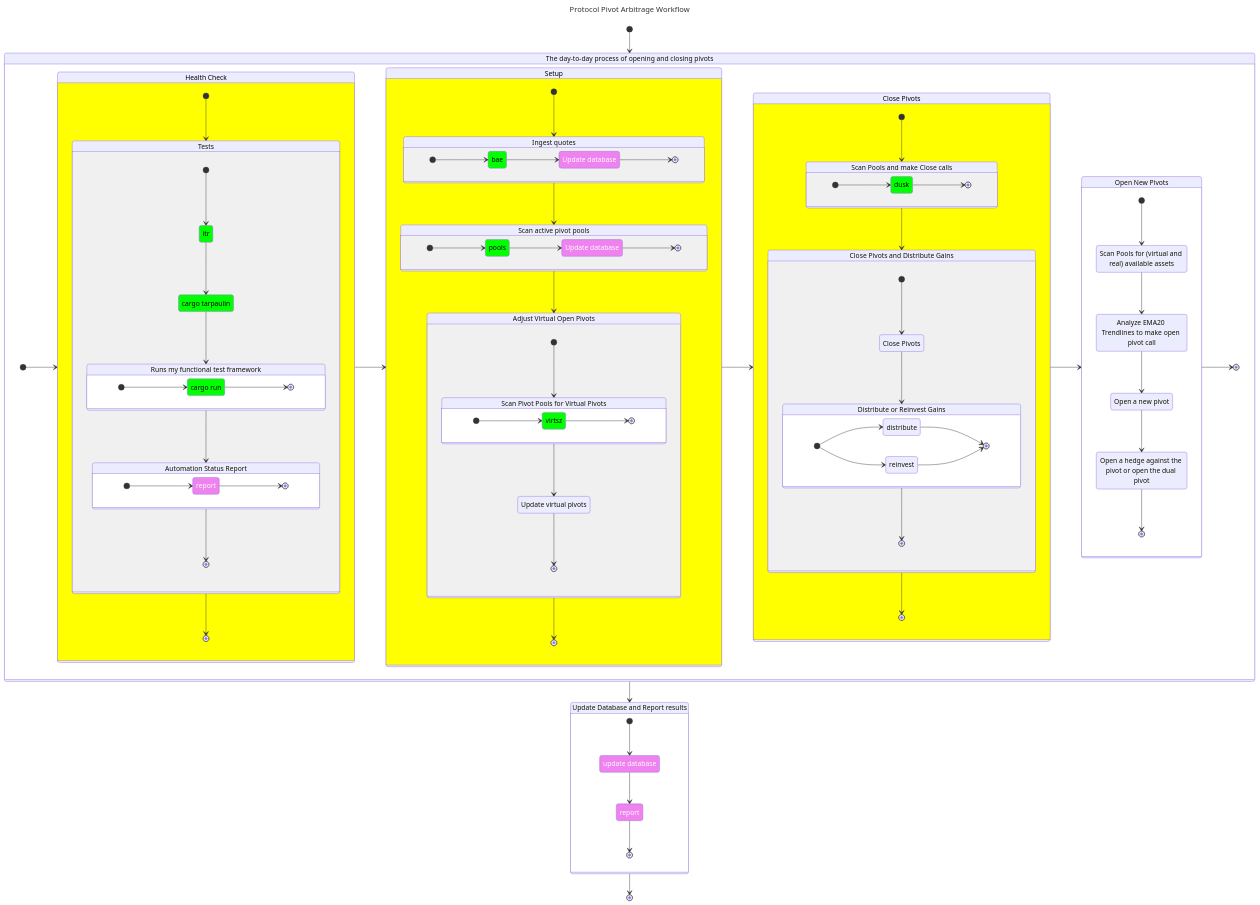
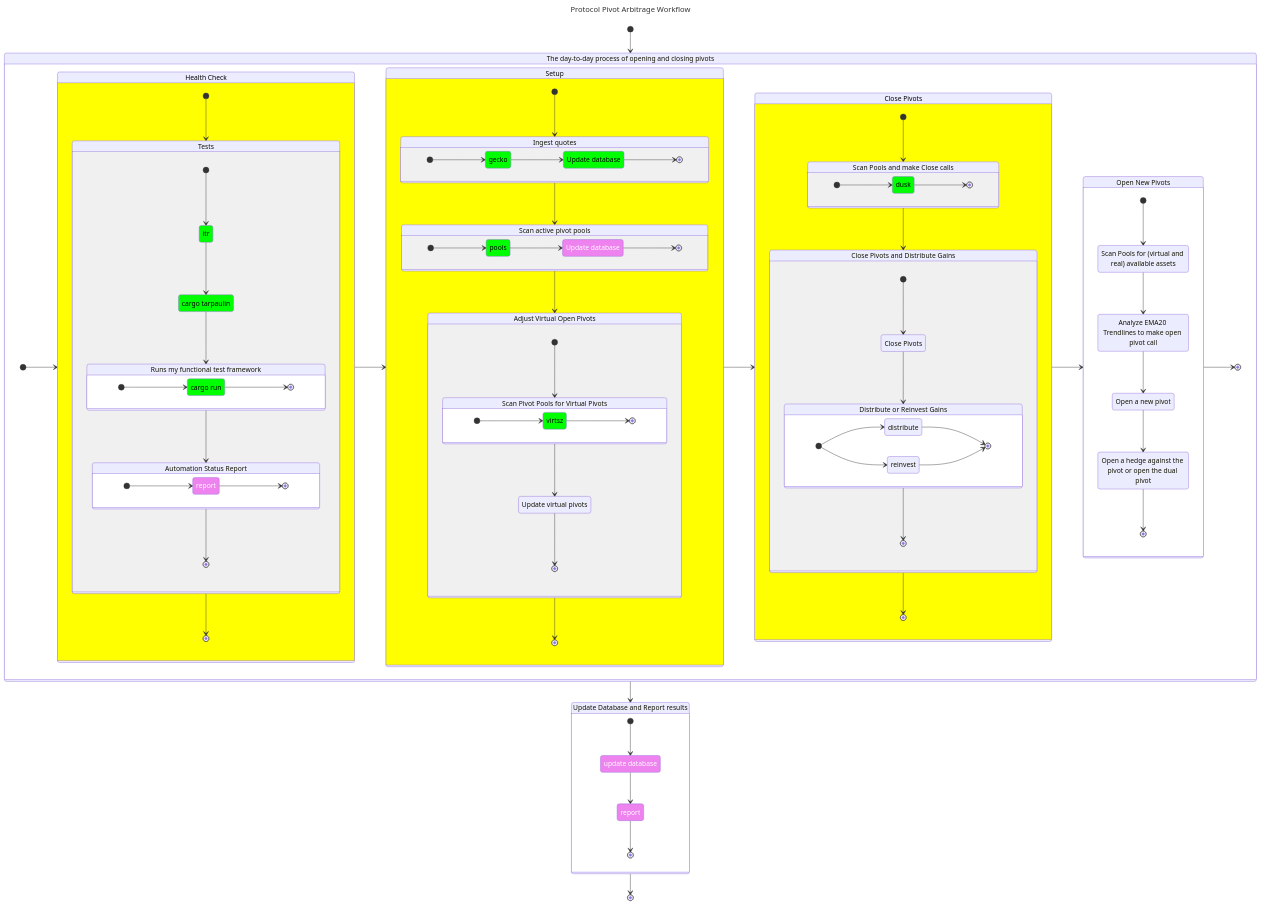
One commit to pivoteur/protocol changed the diagram in dapps/README.md. Above: the diagram before and after it, drawn with Mermaid.

Commit message:
Automated gecko: documentation

```diff
--- a/dapps/README.md
+++ b/dapps/README.md
@@ -15,7 +15,7 @@
    class Tarp inUse
    class Run inUse
    class itr inUse
-   class bae inUse
+   class gecko inUse
    class dusk inUse
    class virtsz inUse
    class pools inUse
@@ -28,8 +28,8 @@
    class report manual
    class ReportwithoutUpdatingDatabase manual
    class UpdateDb manual
-   class UpdateDbwithoutReporting manual
    class UpdateDbwithoutReporting1 manual
+   class UpdateDbwithoutReporting2 inUse
 
    [*] --> Workflow
    Workflow --> Finalize
@@ -100,11 +100,11 @@
       state Quotes {
             direction LR
 
-         [*] --> bae
-         bae --> UpdateDbwithoutReporting
-         UpdateDbwithoutReporting --> [*]
+         [*] --> gecko
+         gecko --> UpdateDbwithoutReporting2
+         UpdateDbwithoutReporting2 --> [*]
 
-         UpdateDbwithoutReporting: Update database
+         UpdateDbwithoutReporting2: Update database
       }
 
       Pools: Scan active pivot pools
```
